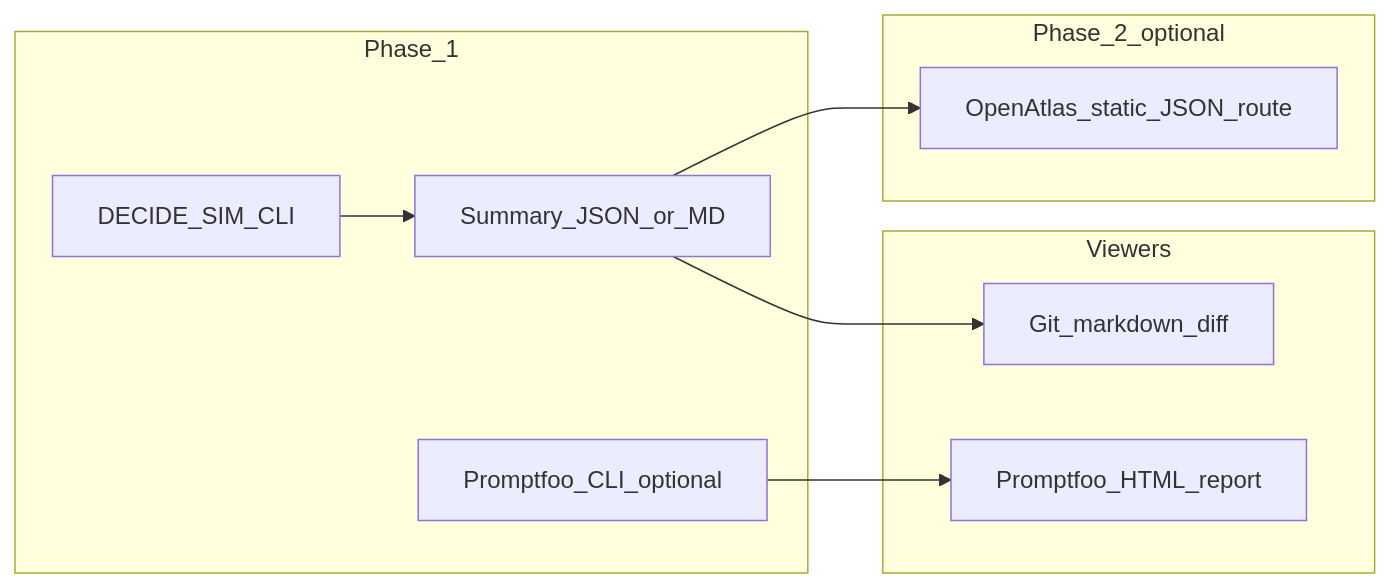
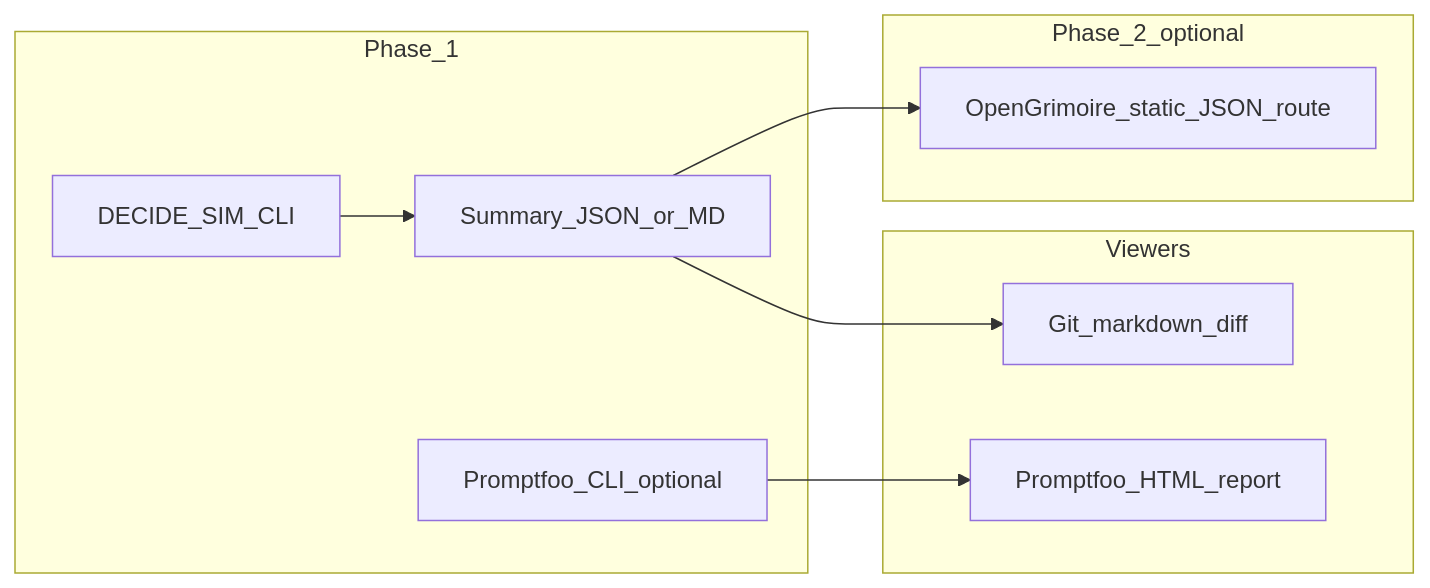
One commit to ManintheCrowds/media-ops-platform changed the diagram in .cursor/plans/decide-sim_harness_follow-on_8c9b784d.plan.md. Above: the diagram before and after it, drawn with Mermaid. The commit also changed other lines of this file and 40 other files, not shown here.

First line of the commit message:
Update plans and documentation to reflect OpenGrimoire transition

````diff
--- a/.cursor/plans/decide-sim_harness_follow-on_8c9b784d.plan.md
+++ b/.cursor/plans/decide-sim_harness_follow-on_8c9b784d.plan.md
@@ -72,19 +72,19 @@
 ```mermaid
 flowchart LR
   subgraph phase1 [Phase_1]
     DS[DECIDE_SIM_CLI]
     PF[Promptfoo_CLI_optional]
     Sum[Summary_JSON_or_MD]
   end
   subgraph viewers [Viewers]
     Repo[Git_markdown_diff]
     PFWeb[Promptfoo_HTML_report]
   end
   subgraph phase2 [Phase_2_optional]
-    OA[OpenAtlas_static_JSON_route]
+    OA[OpenGrimoire_static_JSON_route]
   end
   DS --> Sum
   PF --> PFWeb
   Sum --> Repo
   Sum --> OA
 ```
````
